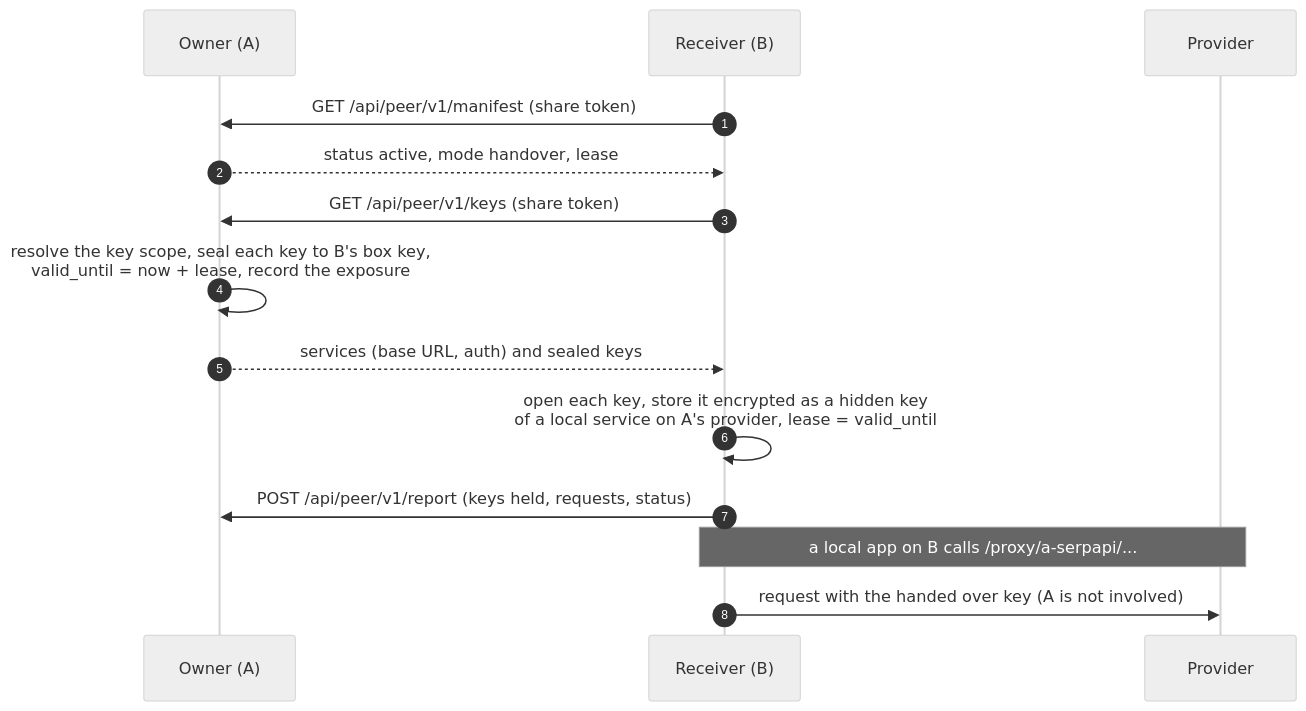
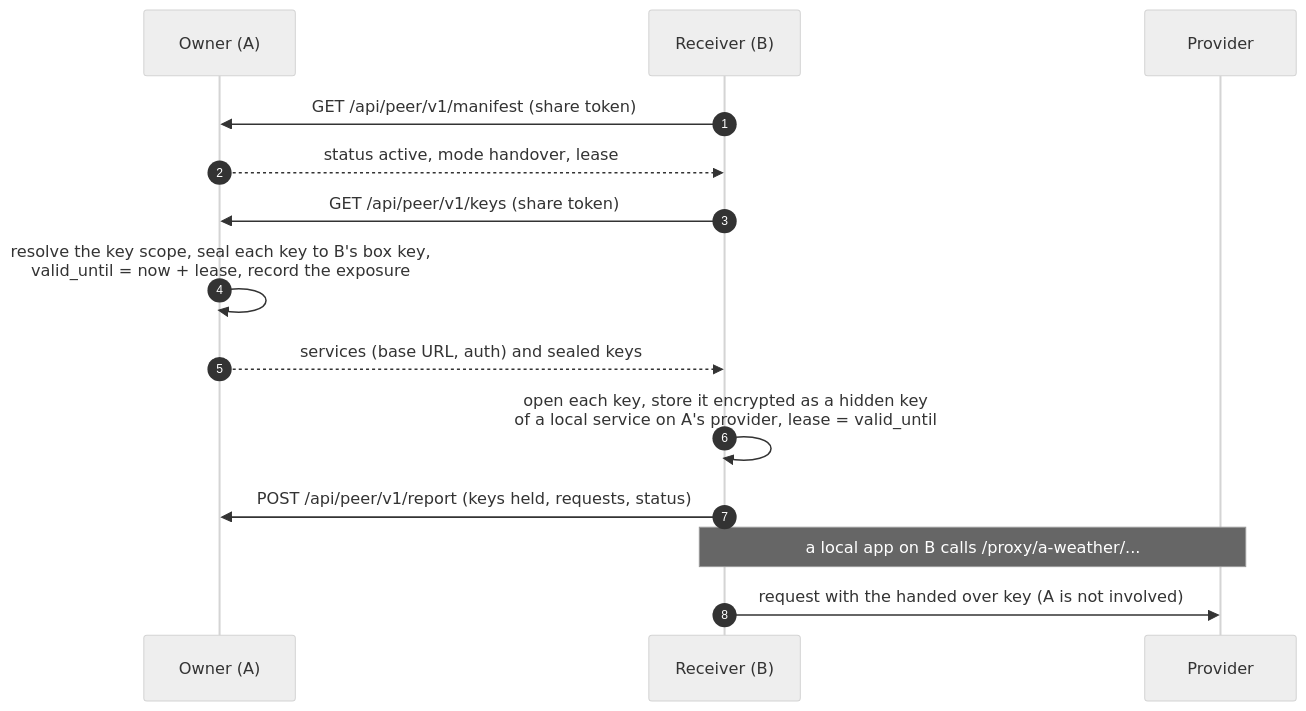
Before and after one commit to sidharthpunathil/acnologia: diagram 18 of 20 in server/internal/docsmd/files/flows.md, drawn with Mermaid (neutral theme). The commit also changed other lines of this file and 34 other files, not shown here.

````diff
--- a/server/internal/docsmd/files/flows.md
+++ b/server/internal/docsmd/files/flows.md
@@ -881,17 +1129,17 @@
 ```mermaid
 sequenceDiagram
     autonumber
     participant A as Owner (A)
     participant B as Receiver (B)
     participant P as Provider
 
     B->>A: GET /api/peer/v1/manifest (share token)
     A-->>B: status active, mode handover, lease
     B->>A: GET /api/peer/v1/keys (share token)
     A->>A: resolve the key scope, seal each key to B's box key,<br/>valid_until = now + lease, record the exposure
     A-->>B: services (base URL, auth) and sealed keys
     B->>B: open each key, store it encrypted as a hidden key<br/>of a local service on A's provider, lease = valid_until
     B->>A: POST /api/peer/v1/report (keys held, requests, status)
-    Note over B,P: a local app on B calls /proxy/a-serpapi/...
+    Note over B,P: a local app on B calls /proxy/a-weather/...
     B->>P: request with the handed over key (A is not involved)
 ```
````
